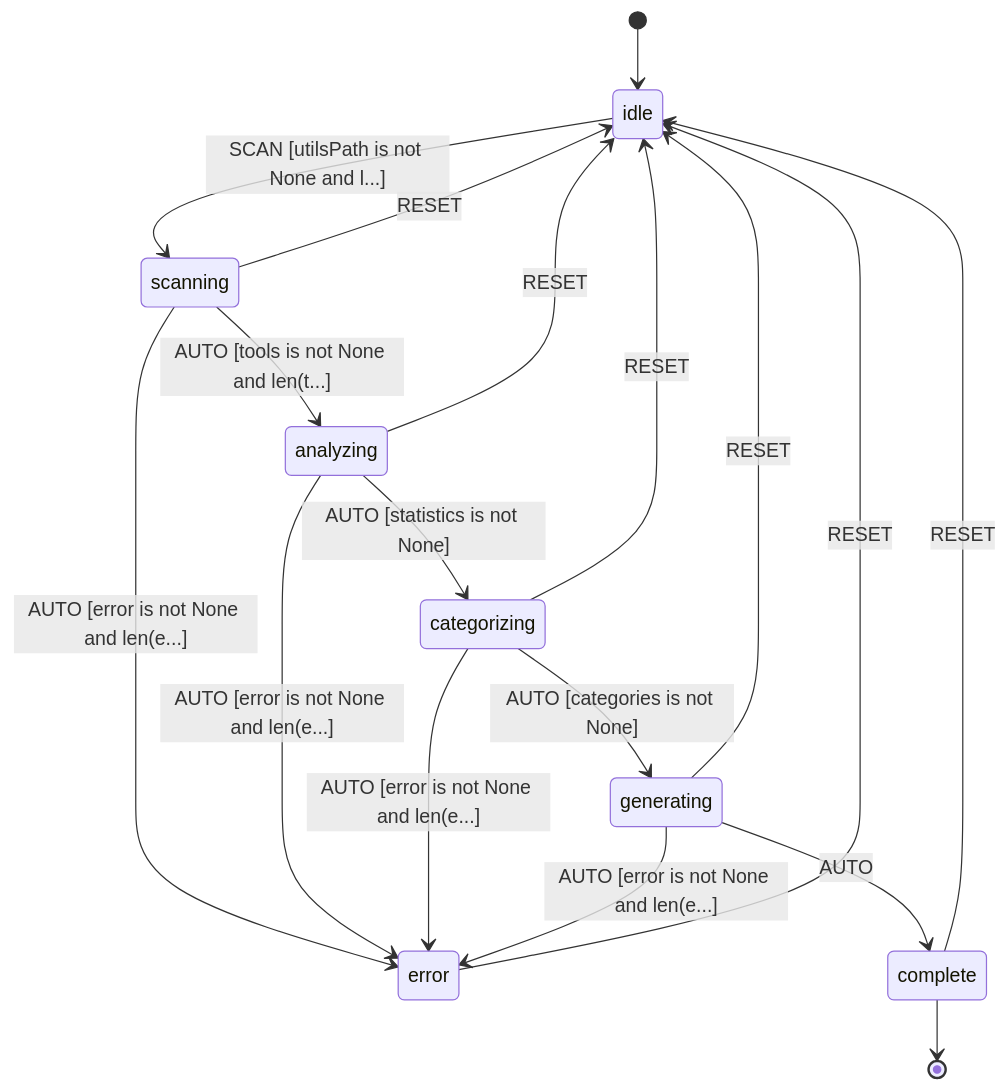
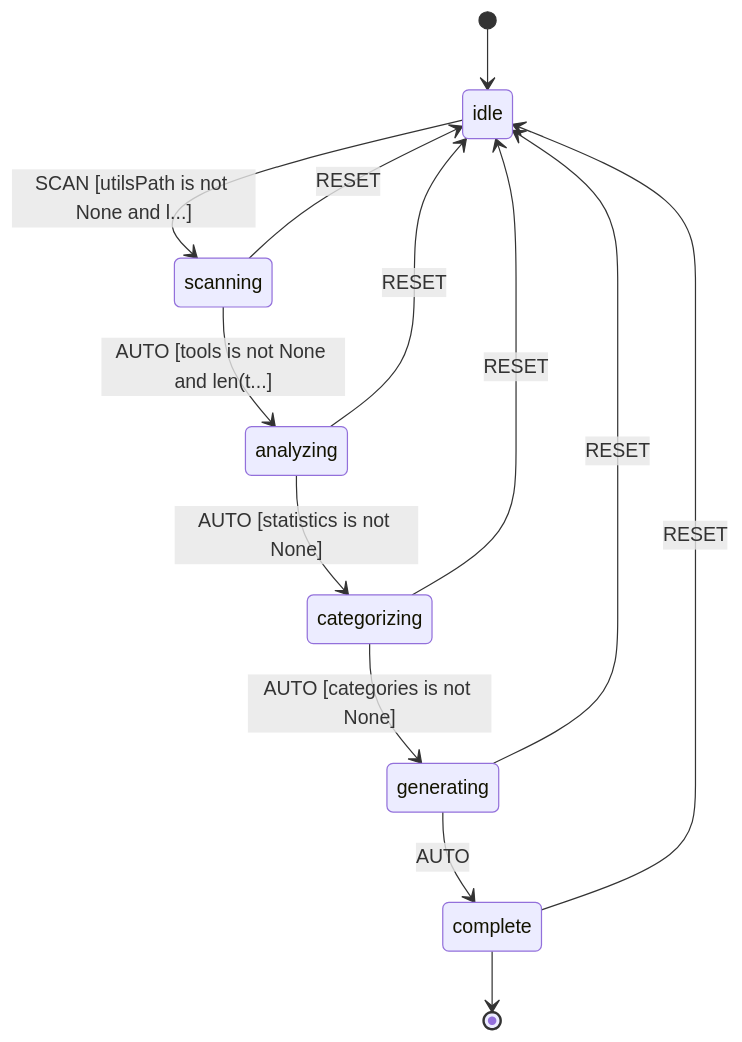
One commit to rhCat/lpp changed the diagram in utils/dashboard/README.md. Above: the diagram before and after it, drawn with Mermaid. The commit also changed 253 other files, not shown here.

````diff
--- a/utils/dashboard/README.md
+++ b/utils/dashboard/README.md
@@ -35,21 +35,16 @@
 ```mermaid
 stateDiagram-v2
     %% L++ State Diagram: L++ Tools Dashboard
     [*] --> idle
     idle --> scanning : SCAN [utilsPath is not None and l...]
-    scanning --> error : AUTO [error is not None and len(e...]
     scanning --> analyzing : AUTO [tools is not None and len(t...]
-    analyzing --> error : AUTO [error is not None and len(e...]
     analyzing --> categorizing : AUTO [statistics is not None]
-    categorizing --> error : AUTO [error is not None and len(e...]
     categorizing --> generating : AUTO [categories is not None]
-    generating --> error : AUTO [error is not None and len(e...]
     generating --> complete : AUTO
     scanning --> idle : RESET
     analyzing --> idle : RESET
-    error --> idle : RESET
     categorizing --> idle : RESET
     generating --> idle : RESET
     complete --> idle : RESET
     complete --> [*]
 ```
````
